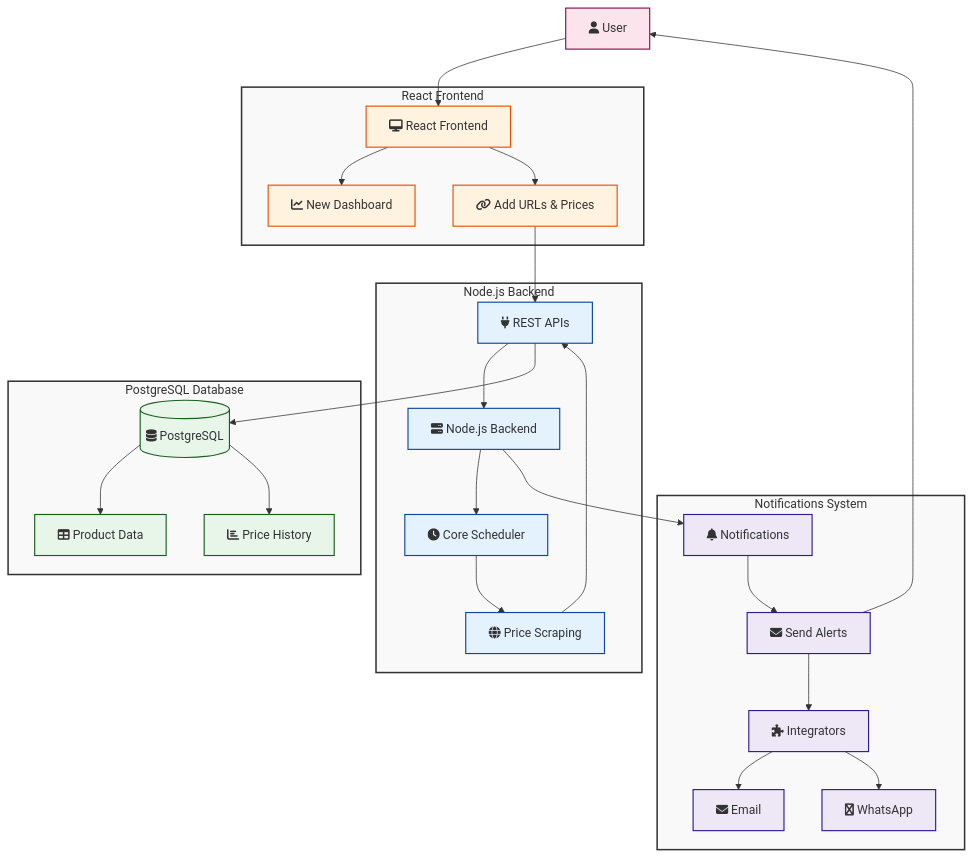
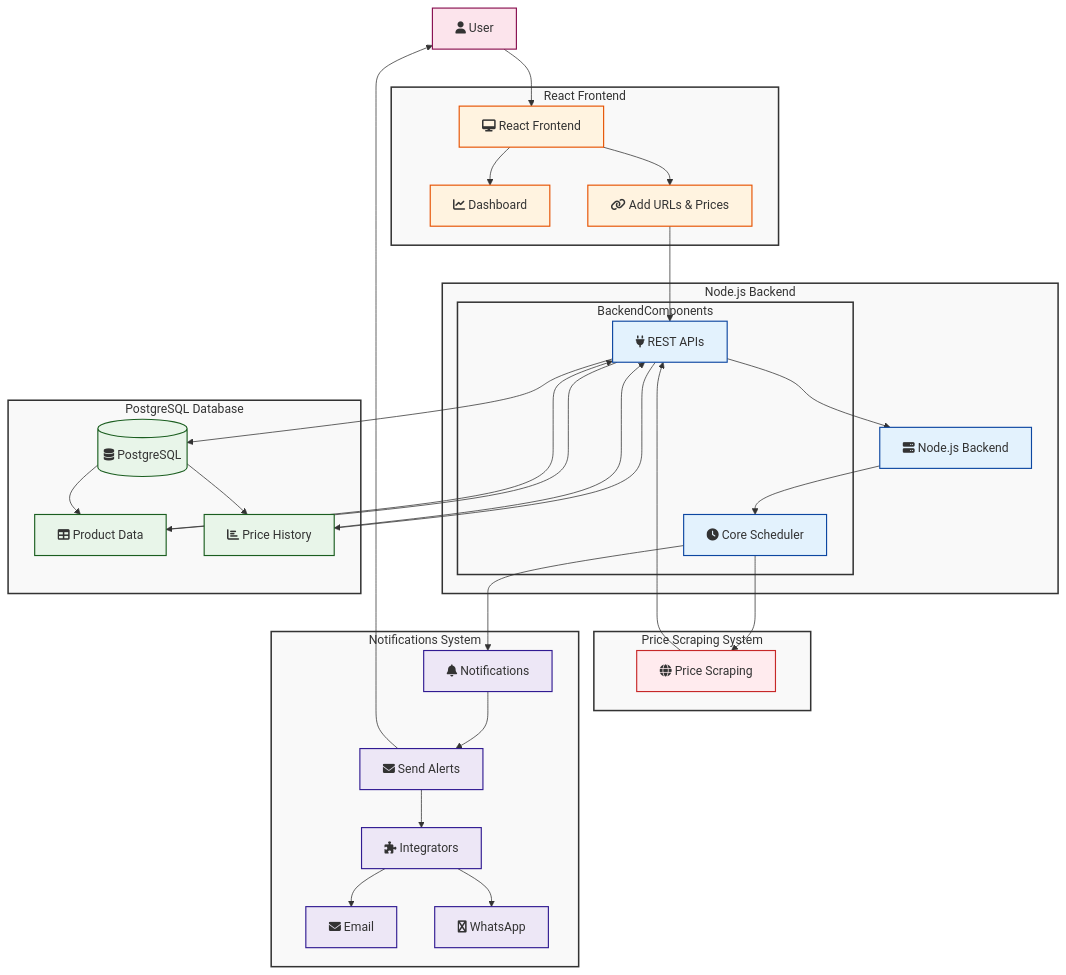
Before and after one commit to chandini1727/PriceDrop_Detector: the diagram in README.md, drawn with Mermaid.

Commit message:
Enhance system architecture diagram with scraping details
Added scraping subgraph and updated flows in the architecture diagram.

````diff
--- a/README.md
+++ b/README.md
@@ -30,27 +30,33 @@
     classDef frontend fill:#fff3e0,stroke:#e65100,stroke-width:1.5px
     classDef user fill:#fce4ec,stroke:#880e4f,stroke-width:1.5px
     classDef notifications fill:#ede7f6,stroke:#311b92,stroke-width:1.5px
+    classDef scraping fill:#ffebee,stroke:#c62828,stroke-width:1.5px
 
     %% External Actor
     User[fa:fa-user User]
 
     subgraph Frontend [React Frontend]
         ReactApp[fa:fa-desktop React Frontend]
-        Dashboard[fa:fa-chart-line New Dashboard]
+        Dashboard[fa:fa-chart-line Dashboard]
         URLManager[fa:fa-link Add URLs & Prices]
     end
 
     subgraph Backend [Node.js Backend]
         NodeBackend[fa:fa-server Node.js Backend]
-        CoreScheduler[fa:fa-clock Core Scheduler]
-        RESTAPIs[fa:fa-plug REST APIs]
-        PriceScraping[fa:fa-globe Price Scraping]
+        subgraph BackendComponents
+            RESTAPIs[fa:fa-plug REST APIs]
+            CoreScheduler[fa:fa-clock Core Scheduler]
+        end
     end
 
     subgraph Database [PostgreSQL Database]
         PostgreSQL[(fa:fa-database PostgreSQL)]
         ProductData[fa:fa-table Product Data]
         PriceHistory[fa:fa-chart-bar Price History]
+    end
+
+    subgraph Scraping [Price Scraping System]
+        PriceScraping[fa:fa-globe Price Scraping]
     end
 
     subgraph Notifications [Notifications System]
@@ -61,30 +67,43 @@
         WhatsApp[fa:fa-whatsapp WhatsApp]
     end
 
-    %% Flow
+    %% User Flow
     User --> ReactApp
     ReactApp --> Dashboard
     ReactApp --> URLManager
     URLManager --> RESTAPIs
+
+    %% Backend Flow
     RESTAPIs --> NodeBackend
     NodeBackend --> CoreScheduler
     CoreScheduler --> PriceScraping
+    
+    %% Data Flow
     PriceScraping --> RESTAPIs
     RESTAPIs --> PostgreSQL
     PostgreSQL --> ProductData
     PostgreSQL --> PriceHistory
-    NodeBackend --> NotificationsService
+
+    %% Notification Flow
+    CoreScheduler --> NotificationsService
     NotificationsService --> SendAlerts
     SendAlerts --> Integrators
     Integrators --> Email
     Integrators --> WhatsApp
     SendAlerts --> User
 
+    %% Database Operations
+    RESTAPIs --> ProductData
+    RESTAPIs --> PriceHistory
+    ProductData --> RESTAPIs
+    PriceHistory --> RESTAPIs
+
     %% Apply Styles
     class User user
-    class NodeBackend,CoreScheduler,RESTAPIs,PriceScraping backend
+    class NodeBackend,RESTAPIs,CoreScheduler backend
     class PostgreSQL,ProductData,PriceHistory database
     class ReactApp,Dashboard,URLManager frontend
     class NotificationsService,SendAlerts,Integrators,Email,WhatsApp notifications
-    class Frontend,Backend,Database,Notifications cluster
+    class PriceScraping scraping
+    class Frontend,Backend,Database,Notifications,Scraping cluster
 ```
````
